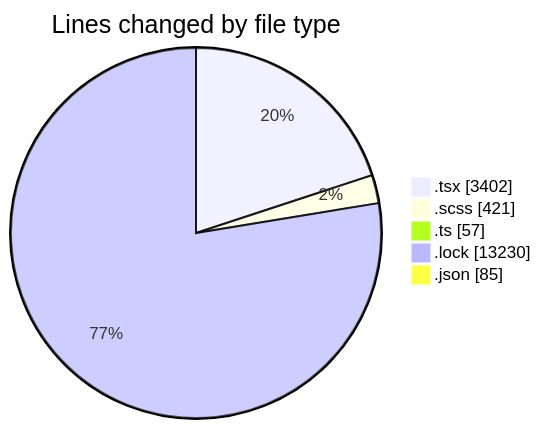
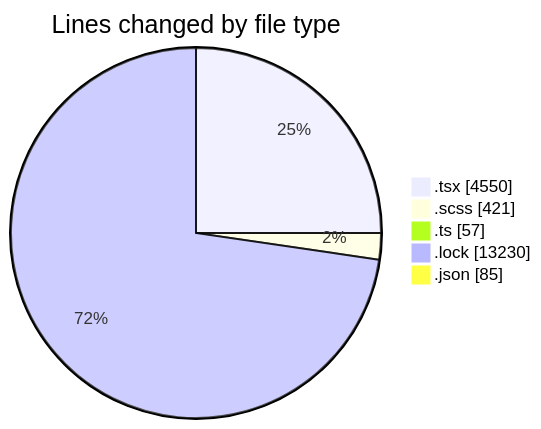
The first of 2 diagrams in 2025-10-01/cda/README.md (momahboobian/code-tracking), drawn with Mermaid before and after one commit. The commit also changed other lines of this file and 1 other file, not shown here.

````diff
--- a/2025-10-01/cda/README.md
+++ b/2025-10-01/cda/README.md
@@ -29,9 +30,9 @@
 ```mermaid
 pie showData
 title Lines changed by file type
-".tsx" : 3402
+".tsx" : 4550
 ".scss" : 421
 ".ts" : 57
 ".lock" : 13230
 ".json" : 85
 ```
````
